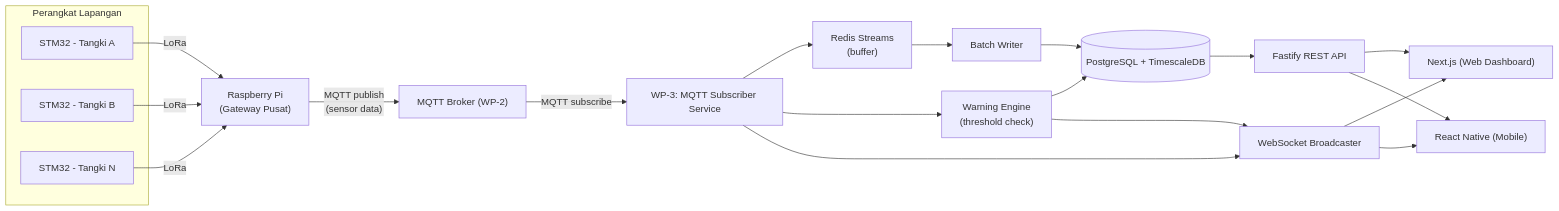
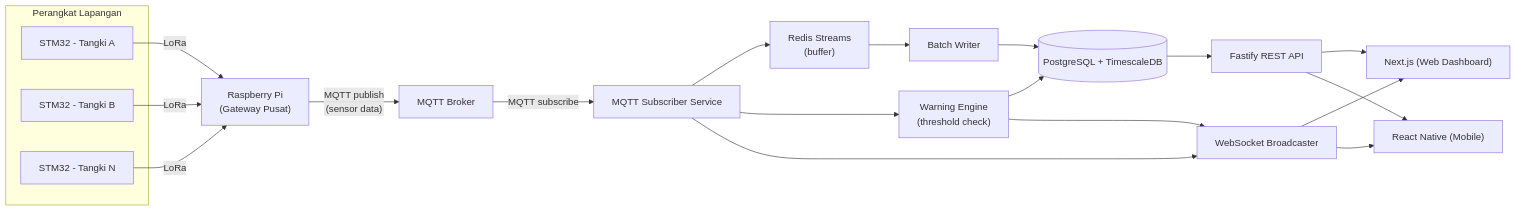
One commit to PMLD-RSA/backend-rsa-ugm changed the first of 3 diagrams in docs/requirements.md. Above: the diagram before and after it, drawn with Mermaid. The commit also changed other lines of this file and 26 other files, not shown here.

````diff
--- a/docs/requirements.md
+++ b/docs/requirements.md
@@ -74,31 +74,31 @@
 ```mermaid
 flowchart LR
     subgraph Field["Perangkat Lapangan"]
         S1["STM32 - Tangki A"]
         S2["STM32 - Tangki B"]
         S3["STM32 - Tangki N"]
     end
 
     S1 -- LoRa --> GW["Raspberry Pi\n(Gateway Pusat)"]
     S2 -- LoRa --> GW
     S3 -- LoRa --> GW
 
-    GW -- "MQTT publish\n(sensor data)" --> BR["MQTT Broker (WP-2)"]
-    BR -- "MQTT subscribe" --> SUB["WP-3: MQTT Subscriber Service"]
+    GW -- "MQTT publish\n(sensor data)" --> BR["MQTT Broker"]
+    BR -- "MQTT subscribe" --> SUB["MQTT Subscriber Service"]
 
     SUB --> BUF["Redis Streams\n(buffer)"]
     BUF --> WR["Batch Writer"]
     WR --> DB[("PostgreSQL + TimescaleDB")]
 
     SUB --> WARN["Warning Engine\n(threshold check)"]
     WARN --> DB
 
     DB --> API["Fastify REST API"]
     SUB --> WS["WebSocket Broadcaster"]
     WARN --> WS
 
     API --> FE1["Next.js (Web Dashboard)"]
     WS --> FE1
     API --> FE2["React Native (Mobile)"]
     WS --> FE2
 ```
````
